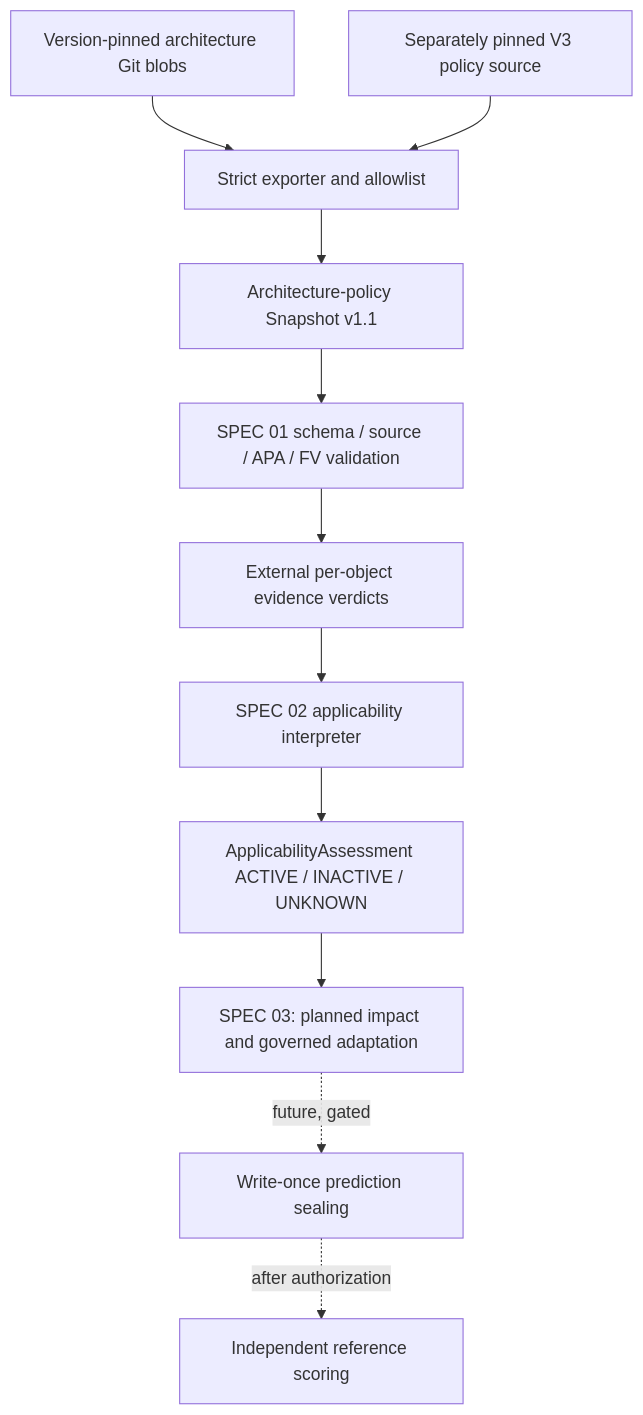
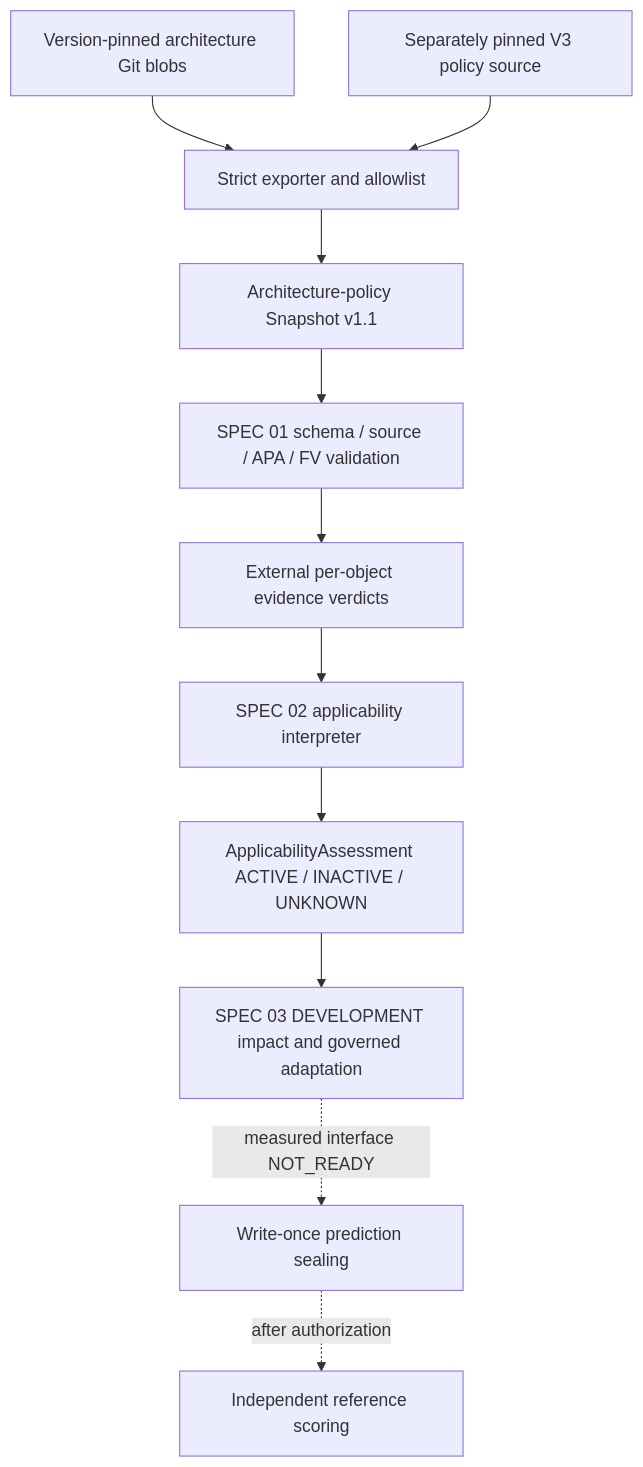
One commit to Pan14ek/evofit-bench changed the second of 2 diagrams in docs/ARCHITECTURE.md. Above: the diagram before and after it, drawn with Mermaid. The commit also changed other lines of this file and 8 other files, not shown here.

````diff
--- a/docs/ARCHITECTURE.md
+++ b/docs/ARCHITECTURE.md
@@ -43,13 +43,13 @@
 ```mermaid
 flowchart TD
     Git[Version-pinned architecture Git blobs] --> Exp[Strict exporter and allowlist]
     Policies[Separately pinned V3 policy source] --> Exp
     Exp --> Snapshot[Architecture-policy Snapshot v1.1]
     Snapshot --> Valid[SPEC 01 schema / source / APA / FV validation]
     Valid --> Evidence[External per-object evidence verdicts]
     Evidence --> AR[SPEC 02 applicability interpreter]
     AR --> Assessment[ApplicabilityAssessment ACTIVE / INACTIVE / UNKNOWN]
-    Assessment --> P3[SPEC 03: planned impact and governed adaptation]
-    P3 -. future, gated .-> Seal[Write-once prediction sealing]
+    Assessment --> P3[SPEC 03 DEVELOPMENT impact and governed adaptation]
+    P3 -. measured interface NOT_READY .-> Seal[Write-once prediction sealing]
     Seal -. after authorization .-> Oracle[Independent reference scoring]
 ```
````
